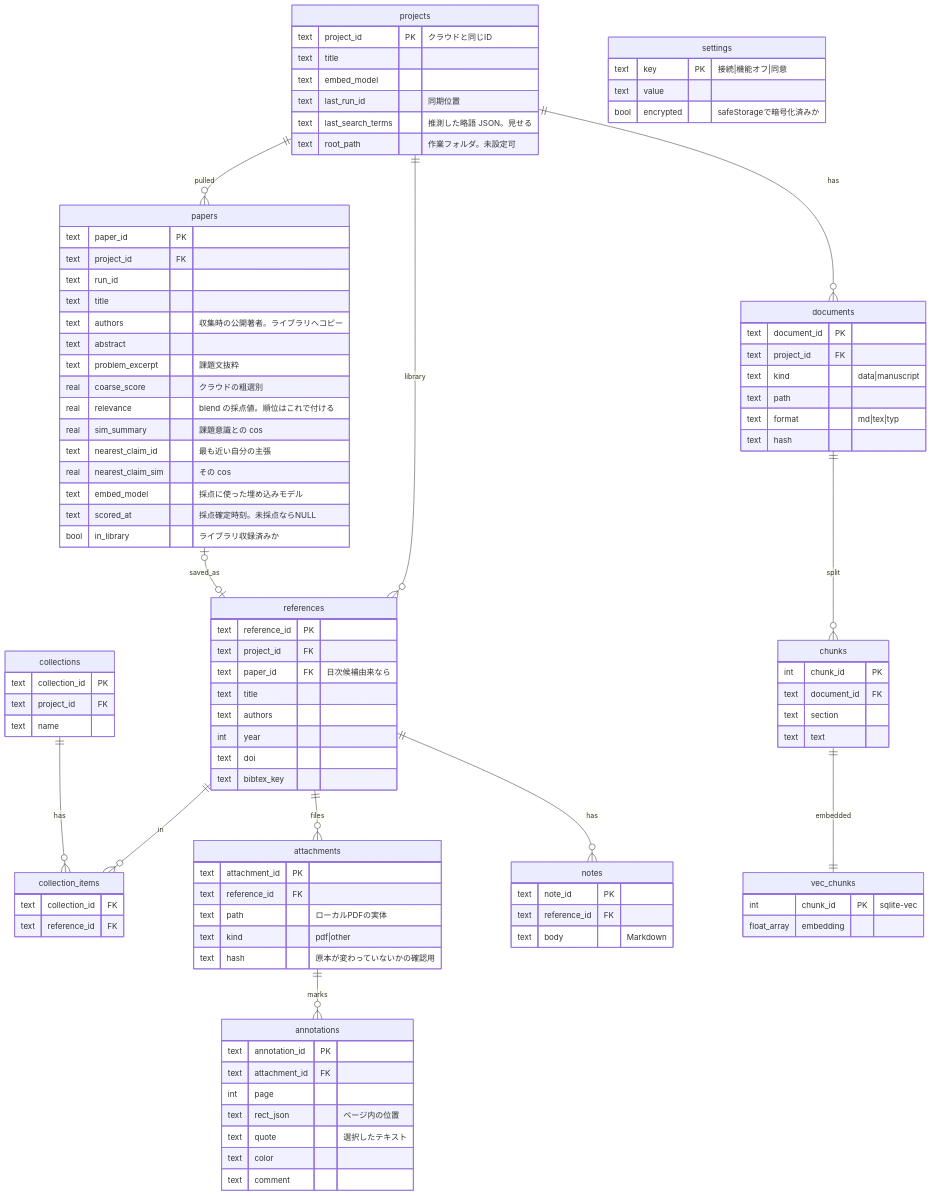
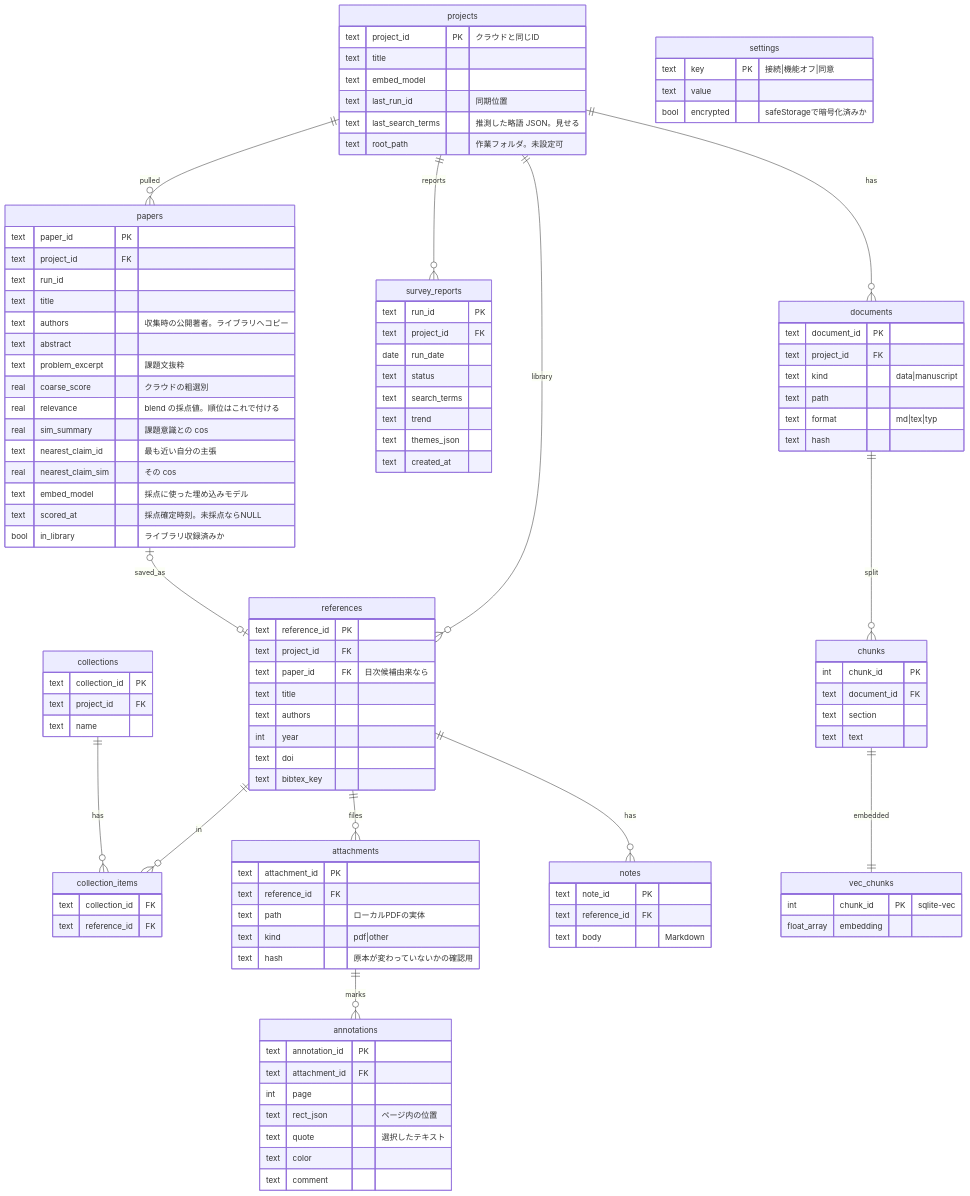
The second of 2 diagrams in docs/er-diagram.md (uzak0209/AI-Research), drawn with Mermaid before and after one commit. The commit also changed other lines of this file and 52 other files, not shown here.

````diff
--- a/docs/er-diagram.md
+++ b/docs/er-diagram.md
@@ -98,6 +101,7 @@
 ```mermaid
 erDiagram
     projects ||--o{ papers : pulled
+    projects ||--o{ survey_reports : reports
     projects ||--o{ documents : has
     projects ||--o{ references : library
     papers |o--o| references : saved_as
@@ -133,6 +137,16 @@
         text embed_model "採点に使った埋め込みモデル"
         text scored_at "採点確定時刻。未採点ならNULL"
         bool in_library "ライブラリ収録済みか"
+    }
+    survey_reports {
+        text run_id PK
+        text project_id FK
+        date run_date
+        text status
+        text search_terms
+        text trend
+        text themes_json
+        text created_at
     }
     references {
         text reference_id PK
````
